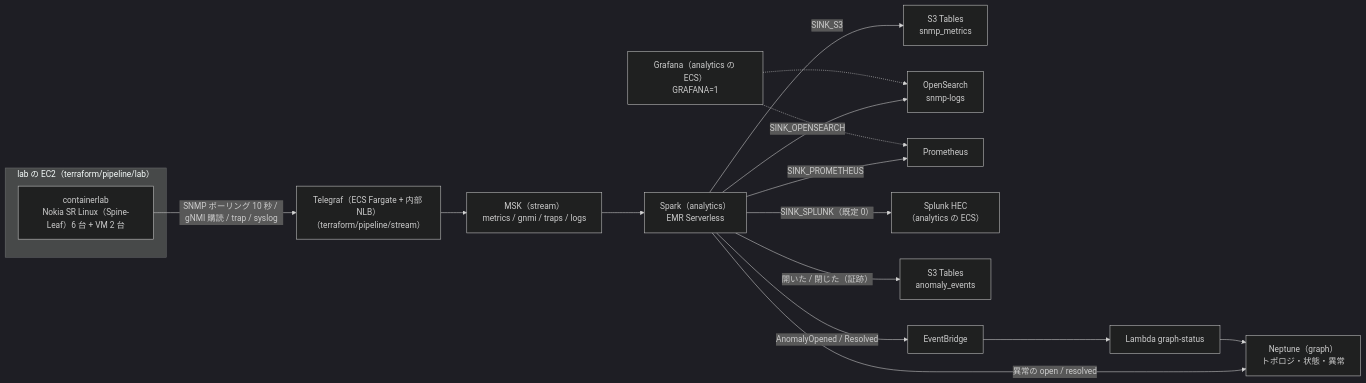
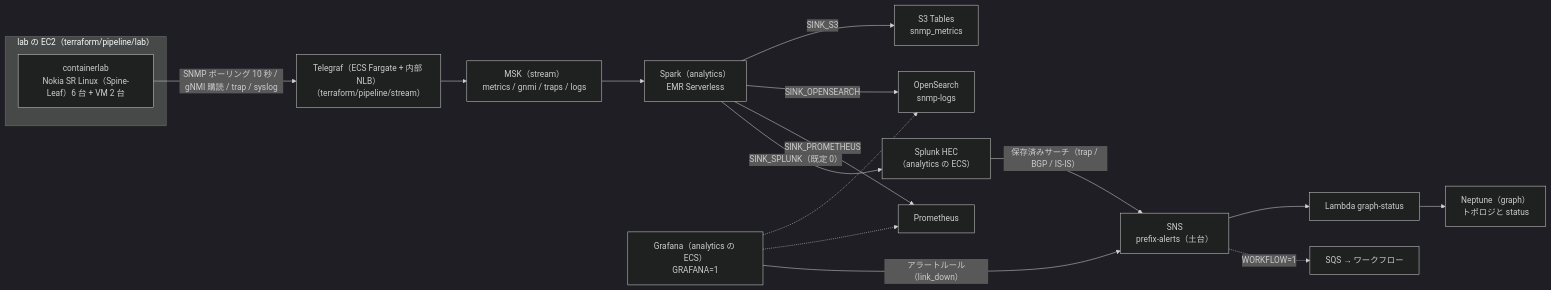
One commit to eddie-eights/cf-netops-sandbox changed the diagram in docs/pipeline.md. Above: the diagram before and after it, drawn with Mermaid (dark theme). The commit also changed other lines of this file and 10 other files, not shown here.

````diff
--- a/docs/pipeline.md
+++ b/docs/pipeline.md
@@ -7,19 +7,19 @@
 ```mermaid
 flowchart LR
   subgraph LABEC2["lab の EC2（terraform/pipeline/lab）"]
     CLAB["containerlab<br/>Nokia SR Linux（Spine-Leaf）6 台 + VM 2 台"]
   end
   CLAB -->|"SNMP ポーリング 10 秒 / gNMI 購読 / trap / syslog"| TG["Telegraf（ECS Fargate + 内部 NLB）<br/>（terraform/pipeline/stream）"]
   TG --> MSK["MSK（stream）<br/>metrics / gnmi / traps / logs"]
   MSK --> SPARK["Spark（analytics）<br/>EMR Serverless"]
   SPARK -->|"SINK_S3"| ICE["S3 Tables<br/>snmp_metrics"]
   SPARK -->|"SINK_OPENSEARCH"| OS["OpenSearch<br/>snmp-logs"]
   SPARK -->|"SINK_PROMETHEUS"| PROM["Prometheus"]
   SPARK -->|"SINK_SPLUNK（既定 0）"| SPL["Splunk HEC<br/>（analytics の ECS）"]
-  SPARK -->|"開いた / 閉じた（証跡）"| AEV["S3 Tables<br/>anomaly_events"]
-  SPARK -->|"異常の open / resolved"| NEP["Neptune（graph）<br/>トポロジ・状態・異常"]
-  SPARK -->|"AnomalyOpened / Resolved"| EB["EventBridge"]
-  EB --> GL["Lambda graph-status"] --> NEP
   GRAF["Grafana（analytics の ECS）<br/>GRAFANA=1"] -.-> OS
   GRAF -.-> PROM
+  GRAF -->|"アラートルール（link_down）"| SNS["SNS<br/>prefix-alerts（土台）"]
+  SPL -->|"保存済みサーチ（trap / BGP / IS-IS）"| SNS
+  SNS --> GL["Lambda graph-status"] --> NEP["Neptune（graph）<br/>トポロジと status"]
+  SNS -.->|"WORKFLOW=1"| SQS["SQS → ワークフロー"]
 ```
````
